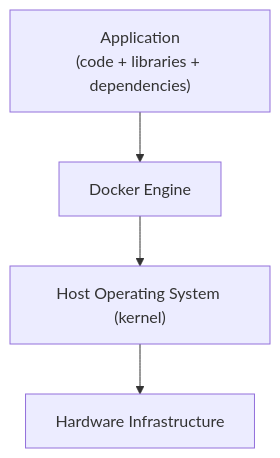
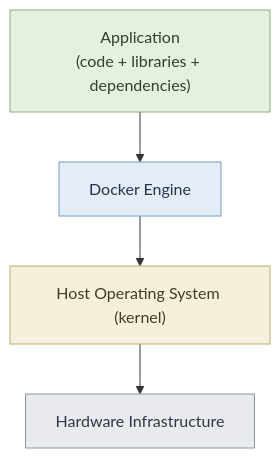
Before and after one commit to saurabhchachre013/docker101: the fourth of 10 diagrams in Docker101.md, drawn with Mermaid. The commit also changed other lines of this file and 2 other files, not shown here.

Commit message:
flask app with dockerfile

````diff
--- a/Docker101.md
+++ b/Docker101.md
@@ -149,8 +188,17 @@
 ```mermaid
 flowchart TB
     APP["Application<br/>(code + libraries + dependencies)"]
     DOCKER["Docker Engine"]
     OS["Host Operating System (kernel)"]
     HW["Hardware Infrastructure"]
     APP --> DOCKER --> OS --> HW
+
+    classDef app fill:#E6F0E0,stroke:#8AAE7A,color:#2F4227
+    classDef engine fill:#E3ECF7,stroke:#7A9CC6,color:#26354A
+    classDef os fill:#F5EFDC,stroke:#C2AC6E,color:#463C1F
+    classDef hw fill:#E8EAEE,stroke:#8B93A1,color:#2F3542
+    class APP app
+    class DOCKER engine
+    class OS os
+    class HW hw
 ```
````
